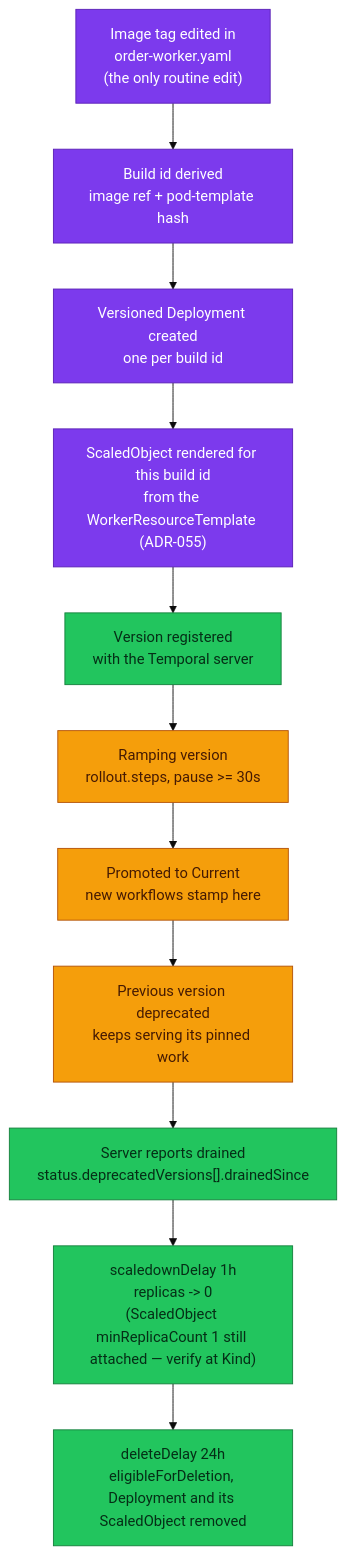
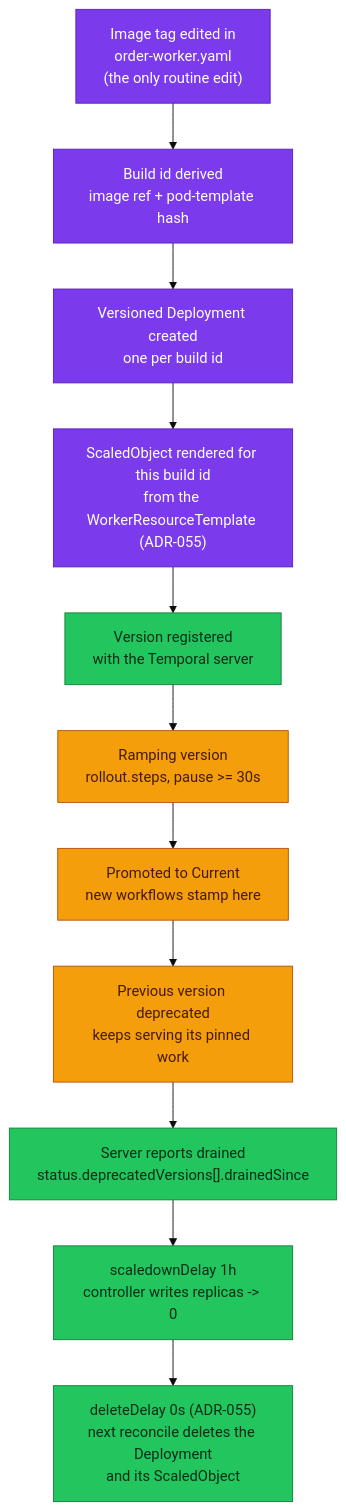
One commit to duynhlab/homelab changed diagram 20 of 20 in docs/api/temporal.md. Above: the diagram before and after it, drawn with Mermaid (base theme). The commit also changed other lines of this file and 10 other files, not shown here.

First line of the commit message:
Close the drained window with deleteDelay 0s

````diff
--- a/docs/api/temporal.md
+++ b/docs/api/temporal.md
@@ -1160,20 +1160,20 @@
 ```mermaid
 flowchart TD
   tag["Image tag edited in<br/>order-worker.yaml<br/>(the only routine edit)"] --> bid["Build id derived<br/>image ref + pod-template hash"]
   bid --> dep["Versioned Deployment created<br/>one per build id"]
   dep --> so["ScaledObject rendered for this build id<br/>from the WorkerResourceTemplate (ADR-055)"]
   so --> reg["Version registered<br/>with the Temporal server"]
   reg --> ramp["Ramping version<br/>rollout.steps, pause >= 30s"]
   ramp --> cur["Promoted to Current<br/>new workflows stamp here"]
   cur --> dpr["Previous version deprecated<br/>keeps serving its pinned work"]
   dpr --> drn["Server reports drained<br/>status.deprecatedVersions[].drainedSince"]
-  drn --> sd["scaledownDelay 1h<br/>replicas -> 0<br/>(ScaledObject minReplicaCount 1 still attached — verify at Kind)"]
-  sd --> del["deleteDelay 24h<br/>eligibleForDeletion, Deployment and its ScaledObject removed"]
+  drn --> sd["scaledownDelay 1h<br/>controller writes replicas -> 0"]
+  sd --> del["deleteDelay 0s (ADR-055)<br/>next reconcile deletes the Deployment<br/>and its ScaledObject"]
 
   classDef platform fill:#7c3aed,color:#fff,stroke:#5b21b6;
   classDef worker fill:#f59e0b,color:#451a03,stroke:#b45309;
   classDef data fill:#22c55e,color:#052e16,stroke:#15803d;
   class tag,bid,dep,so platform
   class ramp,cur,dpr worker
   class reg,drn,sd,del data
 ```
````
